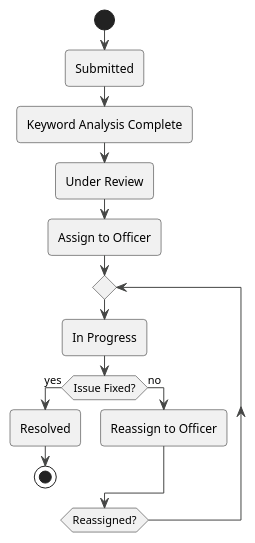
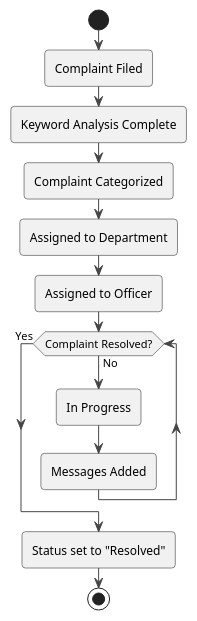
Before and after one commit to Anikate-De/rail-madad: the diagram in uml/state/state.plantuml, drawn with PlantUML. The commit also changed 3 other files, not shown here.

Commit message:
add state diagram

```diff
--- a/uml/state/state.plantuml
+++ b/uml/state/state.plantuml
@@ -1,20 +1,19 @@
 @startuml
 !theme vibrant
 
 start
-:Submitted;
+:Complaint Filed;
 :Keyword Analysis Complete;
-:Under Review;
-:Assign to Officer;
+:Complaint Categorized;
+:Assigned to Department;
+:Assigned to Officer;
 
-repeat
+while (Complaint Resolved?) is (No)
   :In Progress;
-  if (Issue Fixed?) then (yes)
-    :Resolved;
-    stop
-  else (no)
-    :Reassign to Officer;
-  endif
-repeat while (Reassigned?)
+  :Messages Added;
+endwhile (Yes)
+:Status set to "Resolved";
+
+stop
 
 @enduml
```
